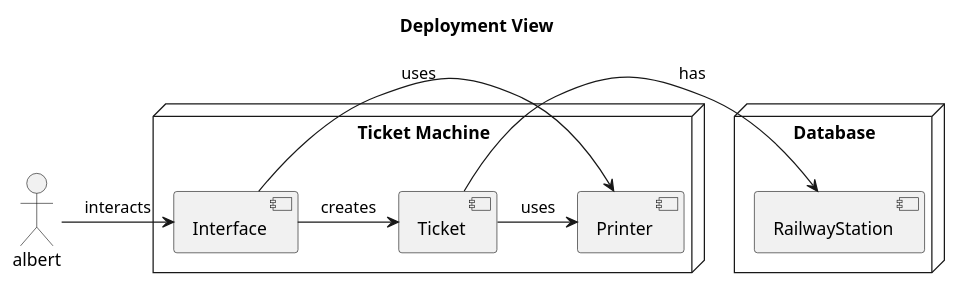
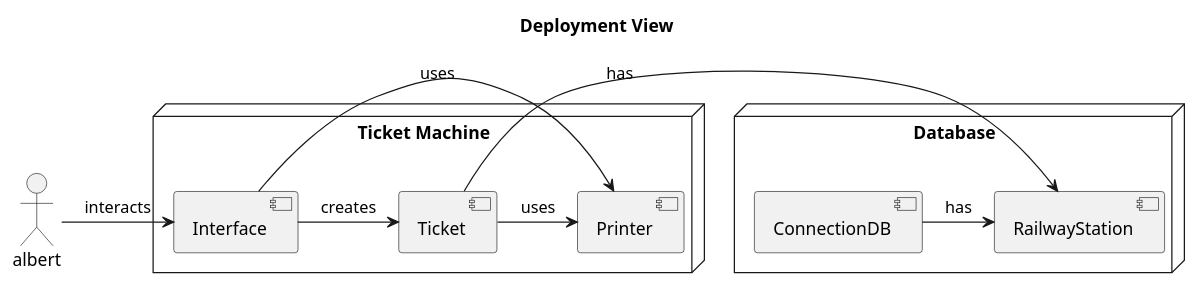
The fourth of 4 diagrams in src/sheet2/2.puml (larsfriese/swed-fra-uas), drawn with PlantUML before and after one commit. The commit also changed other lines of this file and 2 other files, not shown here.

```diff
--- a/src/sheet2/2.puml
+++ b/src/sheet2/2.puml
@@ -140,23 +157,25 @@
 @startuml
 title Deployment View
 
 actor albert
 
 node "Ticket Machine" {
     component "Interface"
     component "Ticket"
     component "Printer"
 }
 
 node "Database" {
     component "RailwayStation"
+    component "ConnectionDB"
 }
 
 albert -> Interface : interacts
 Interface -> Ticket : creates
 Interface -> Printer : uses
 Ticket -> Printer : uses
 Ticket -> RailwayStation : has
+ConnectionDB -> RailwayStation : has
 
 
 @enduml
```
